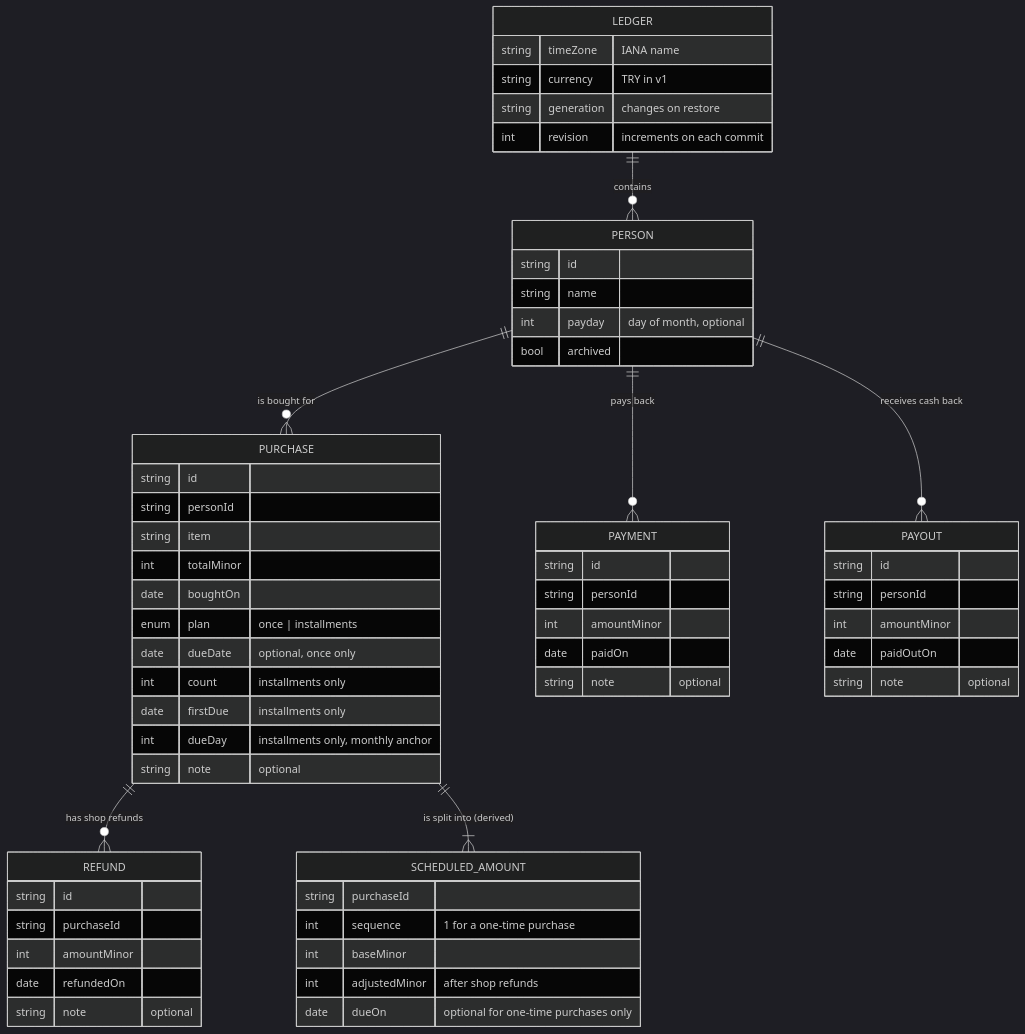
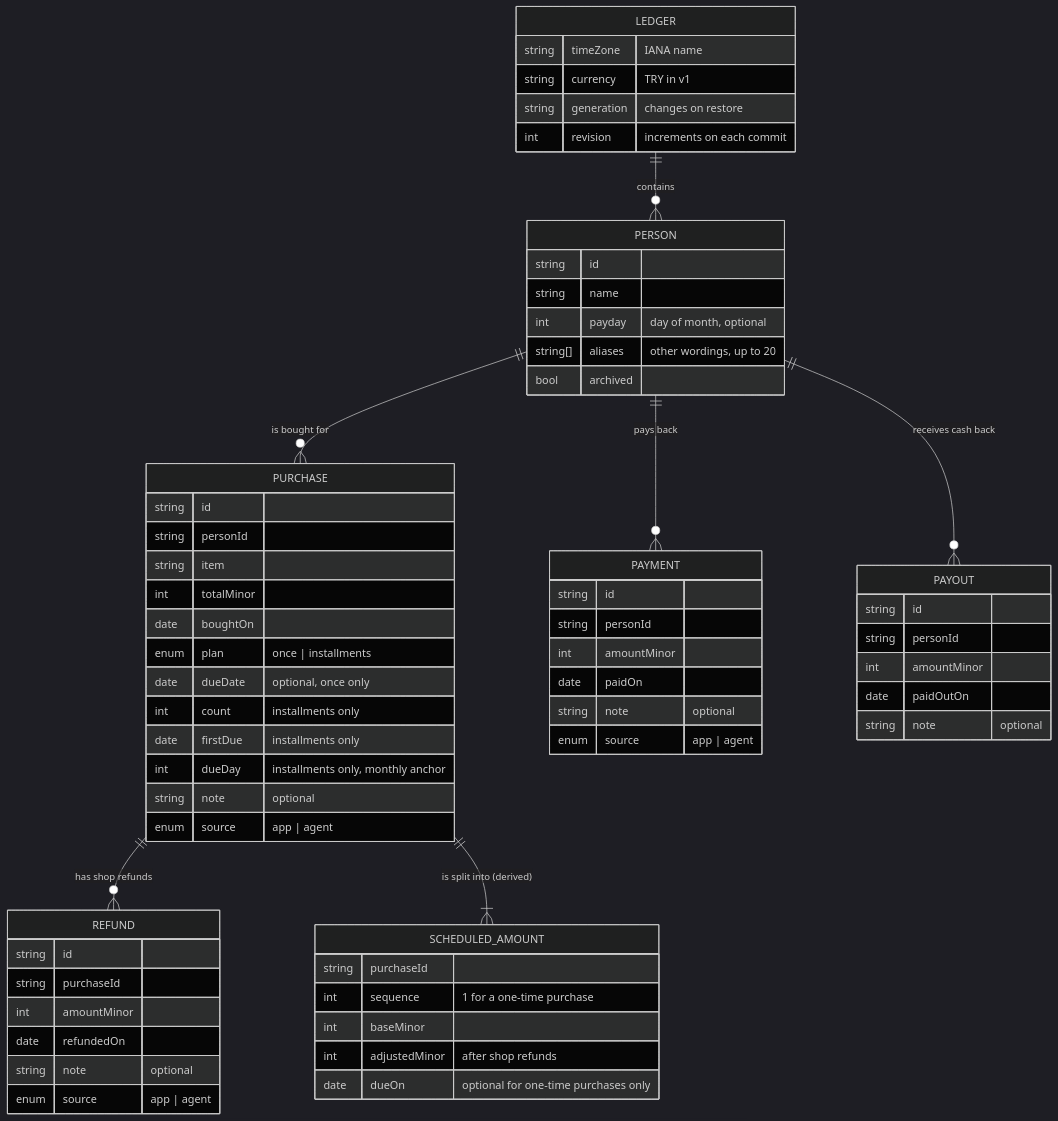
The first of 3 diagrams in docs/DESIGN.md (zekihan/family-tab), drawn with Mermaid (dark theme) before and after one commit. The commit also changed other lines of this file and 4 other files, not shown here.

````diff
--- a/docs/DESIGN.md
+++ b/docs/DESIGN.md
@@ -55,62 +57,66 @@
 ```mermaid
 erDiagram
     LEDGER ||--o{ PERSON : "contains"
     PERSON ||--o{ PURCHASE : "is bought for"
     PERSON ||--o{ PAYMENT : "pays back"
     PERSON ||--o{ PAYOUT : "receives cash back"
     PURCHASE ||--o{ REFUND : "has shop refunds"
     PURCHASE ||--|{ SCHEDULED_AMOUNT : "is split into (derived)"
     LEDGER {
         string timeZone "IANA name"
         string currency "TRY in v1"
         string generation "changes on restore"
         int revision "increments on each commit"
     }
     PERSON {
         string id
         string name
         int payday "day of month, optional"
+        string[] aliases "other wordings, up to 20"
         bool archived
     }
     PURCHASE {
         string id
         string personId
         string item
         int totalMinor
         date boughtOn
         enum plan "once | installments"
         date dueDate "optional, once only"
         int count "installments only"
         date firstDue "installments only"
         int dueDay "installments only, monthly anchor"
         string note "optional"
+        enum source "app | agent"
     }
     PAYMENT {
         string id
         string personId
         int amountMinor
         date paidOn
         string note "optional"
+        enum source "app | agent"
     }
     REFUND {
         string id
         string purchaseId
         int amountMinor
         date refundedOn
         string note "optional"
+        enum source "app | agent"
     }
     PAYOUT {
         string id
         string personId
         int amountMinor
         date paidOutOn
         string note "optional"
     }
     SCHEDULED_AMOUNT {
         string purchaseId
         int sequence "1 for a one-time purchase"
         int baseMinor
         int adjustedMinor "after shop refunds"
         date dueOn "optional for one-time purchases only"
     }
 ```
````
